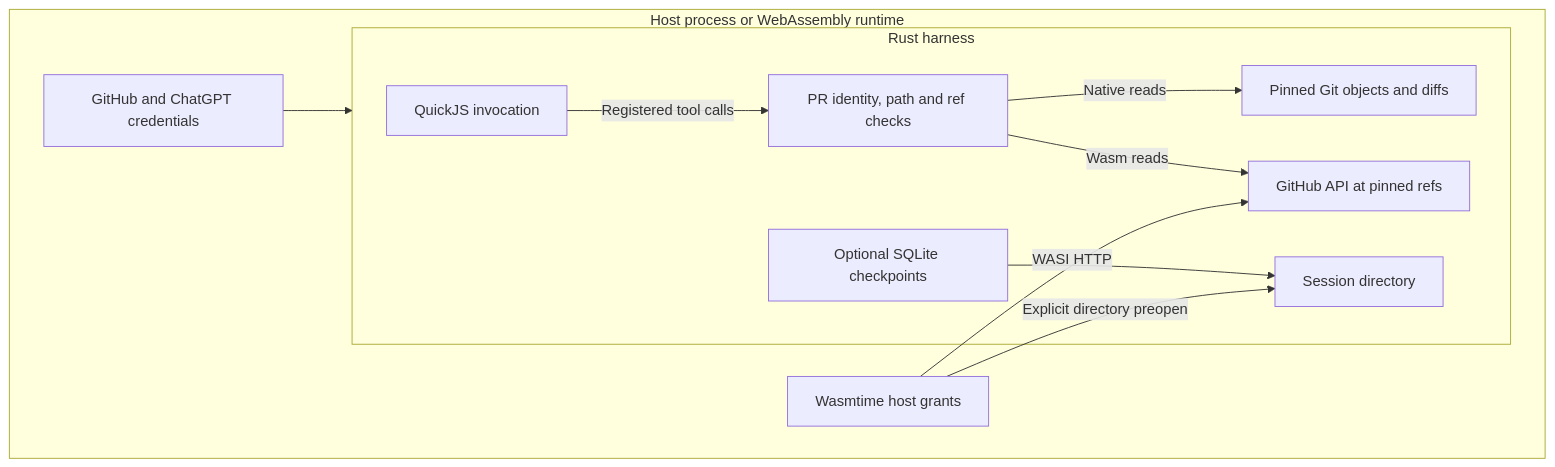
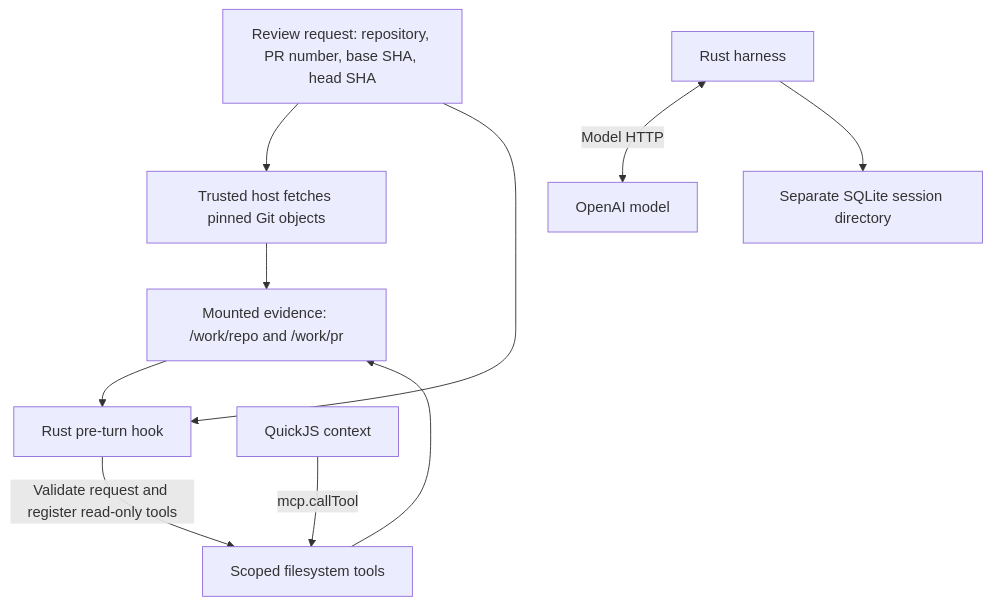
Before and after one commit to r33drichards/wrev: the second of 2 diagrams in README.md, drawn with Mermaid. The commit also changed other lines of this file and 18 other files, not shown here.

First line of the commit message:
Review pinned snapshots through scoped filesystem tools (#15)

````diff
--- a/README.md
+++ b/README.md
@@ -58,14 +58,13 @@
 ```mermaid
 flowchart TB
-    subgraph Host["Host process or WebAssembly runtime"]
-      subgraph Rust["Rust harness"]
-        Context["QuickJS invocation"] -->|"Registered tool calls"| Scope["PR identity, path and ref checks"]
-        Scope -->|"Native reads"| Git["Pinned Git objects and diffs"]
-        Scope -->|"Wasm reads"| API["GitHub API at pinned refs"]
-        Checkpoint["Optional SQLite checkpoints"] --> Storage["Session directory"]
-      end
-      Credentials["GitHub and ChatGPT credentials"] --> Rust
-      Wasm["Wasmtime host grants"] -->|"WASI HTTP"| API
-      Wasm -->|"Explicit directory preopen"| Storage
-    end
+    Request["Review request: repository, PR number, base SHA, head SHA"]
+    Request --> Host["Trusted host fetches pinned Git objects"]
+    Host --> Mount["Mounted evidence: /work/repo and /work/pr"]
+    Request --> Hook["Rust pre-turn hook"]
+    Mount --> Hook
+    Hook -->|"Validate request and register read-only tools"| Tools["Scoped filesystem tools"]
+    JS["QuickJS context"] -->|"mcp.callTool"| Tools
+    Tools --> Mount
+    Harness["Rust harness"] <-->|"Model HTTP"| Model["OpenAI model"]
+    Harness --> Checkpoint["Separate SQLite session directory"]
 ```
````
